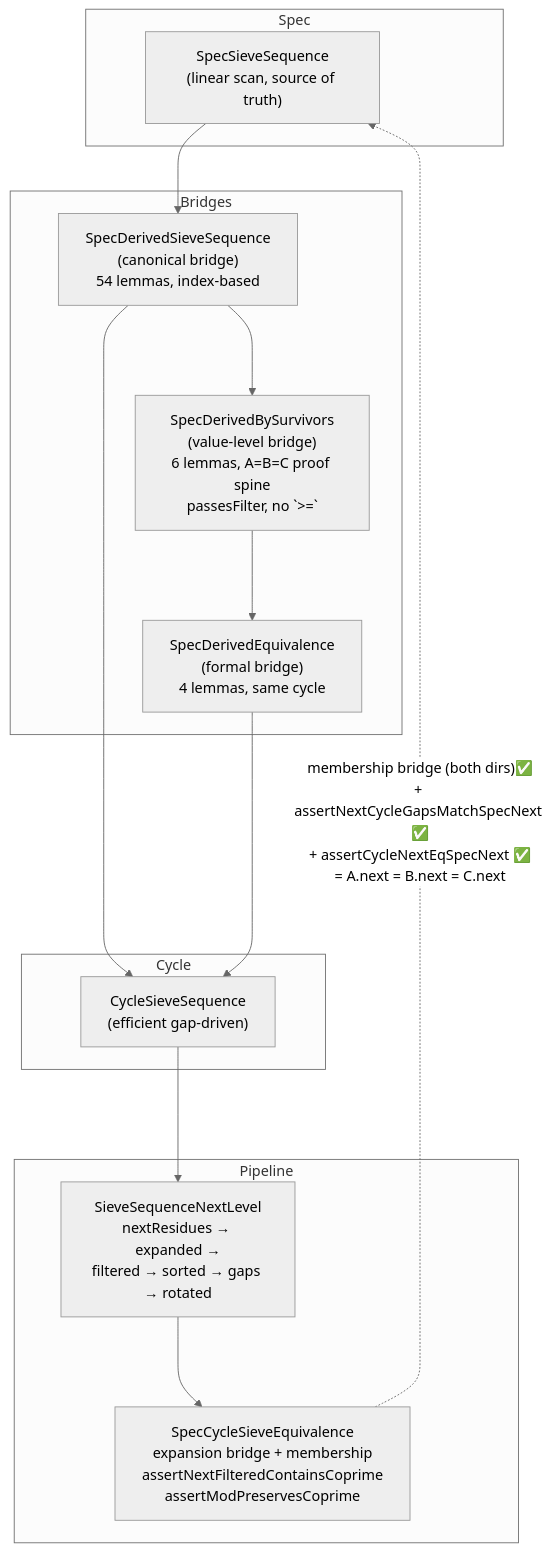
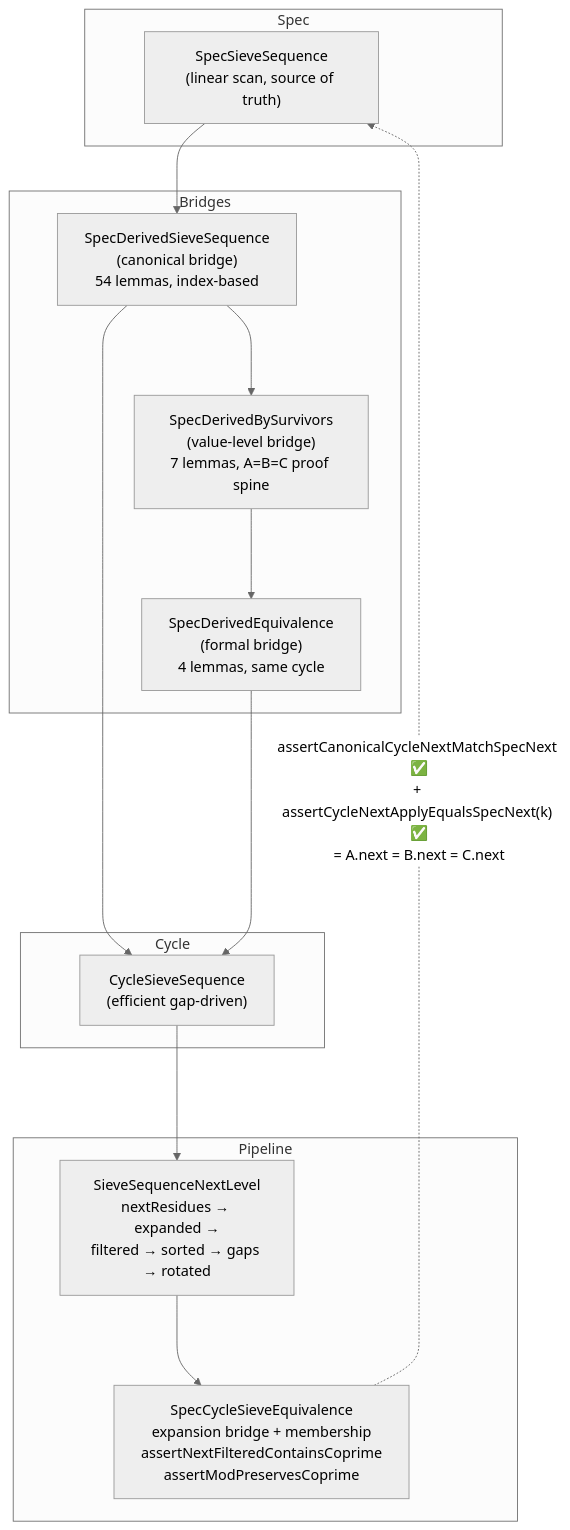
One commit to thiagomata/prime-numbers changed the fourth of 5 diagrams in docs/architecture.md. Above: the diagram before and after it, drawn with Mermaid (neutral theme). The commit also changed other lines of this file and 11 other files, not shown here.

````diff
--- a/docs/architecture.md
+++ b/docs/architecture.md
@@ -190,27 +190,27 @@
 ```mermaid
 flowchart TB
     subgraph Spec
         SS["SpecSieveSequence\n(linear scan, source of truth)"]
     end
     subgraph Bridges
         SDS["SpecDerivedSieveSequence\n(canonical bridge)\n54 lemmas, index-based"]
-        SDBS["SpecDerivedBySurvivors\n(value-level bridge)\n6 lemmas, A=B=C proof spine\npassesFilter, no `>=`"]
+        SDBS["SpecDerivedBySurvivors\n(value-level bridge)\n7 lemmas, A=B=C proof spine"]
         SDE["SpecDerivedEquivalence\n(formal bridge)\n4 lemmas, same cycle"]
     end
     subgraph Cycle
         CS["CycleSieveSequence\n(efficient gap-driven)"]
     end
     subgraph Pipeline
         SNL["SieveSequenceNextLevel\nnextResidues → expanded →\nfiltered → sorted → gaps → rotated"]
         SCE["SpecCycleSieveEquivalence\nexpansion bridge + membership\nassertNextFilteredContainsCoprime\nassertModPreservesCoprime"]
     end
 
     SS --> SDS
     SDS --> CS
     SDS ---> SDBS
     SDBS ---> SDE
     SDE ---> CS
     CS ---> SNL
     SNL ---> SCE
-    SCE -. "membership bridge (both dirs)✅\n+ assertNextCycleGapsMatchSpecNext ✅\n+ assertCycleNextEqSpecNext ✅\n= A.next = B.next = C.next" .-> SS
+    SCE -. "assertCanonicalCycleNextMatchSpecNext ✅\n+ assertCycleNextApplyEqualsSpecNext(k) ✅\n= A.next = B.next = C.next" .-> SS
 ```
````
